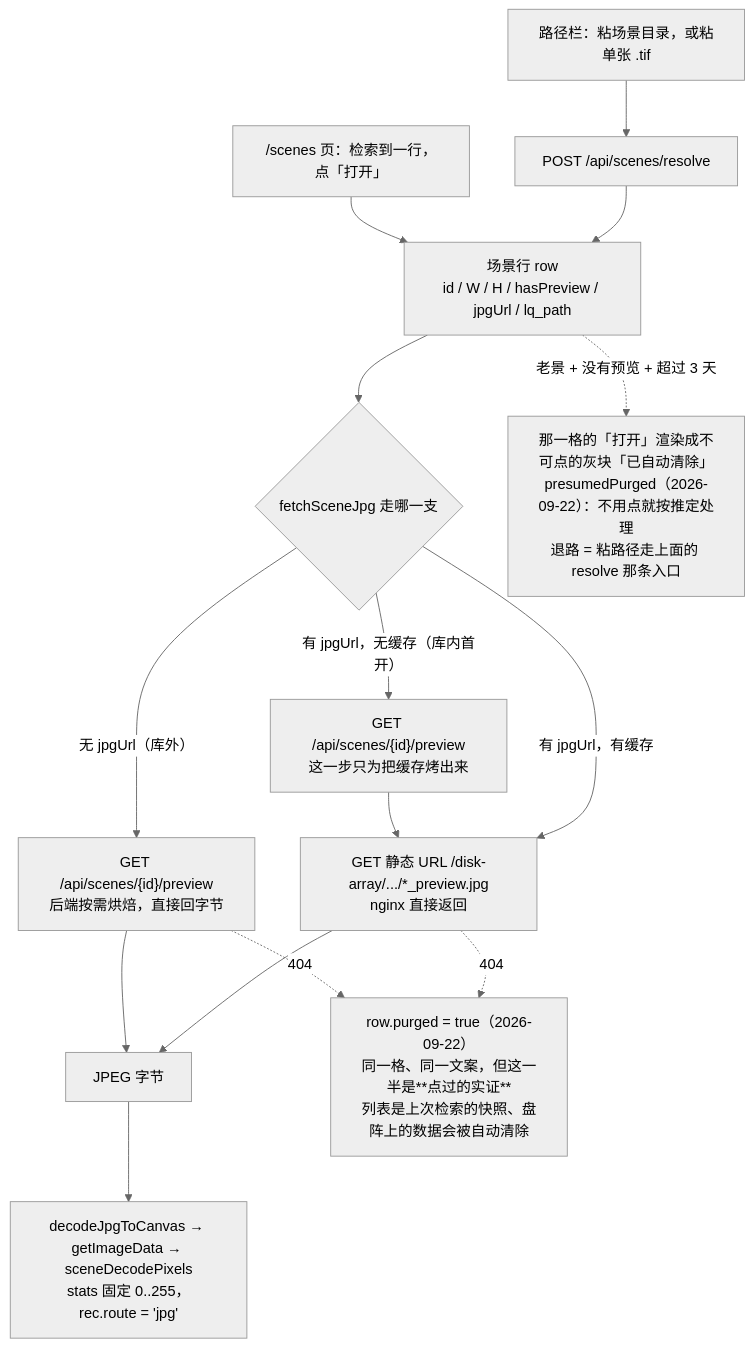
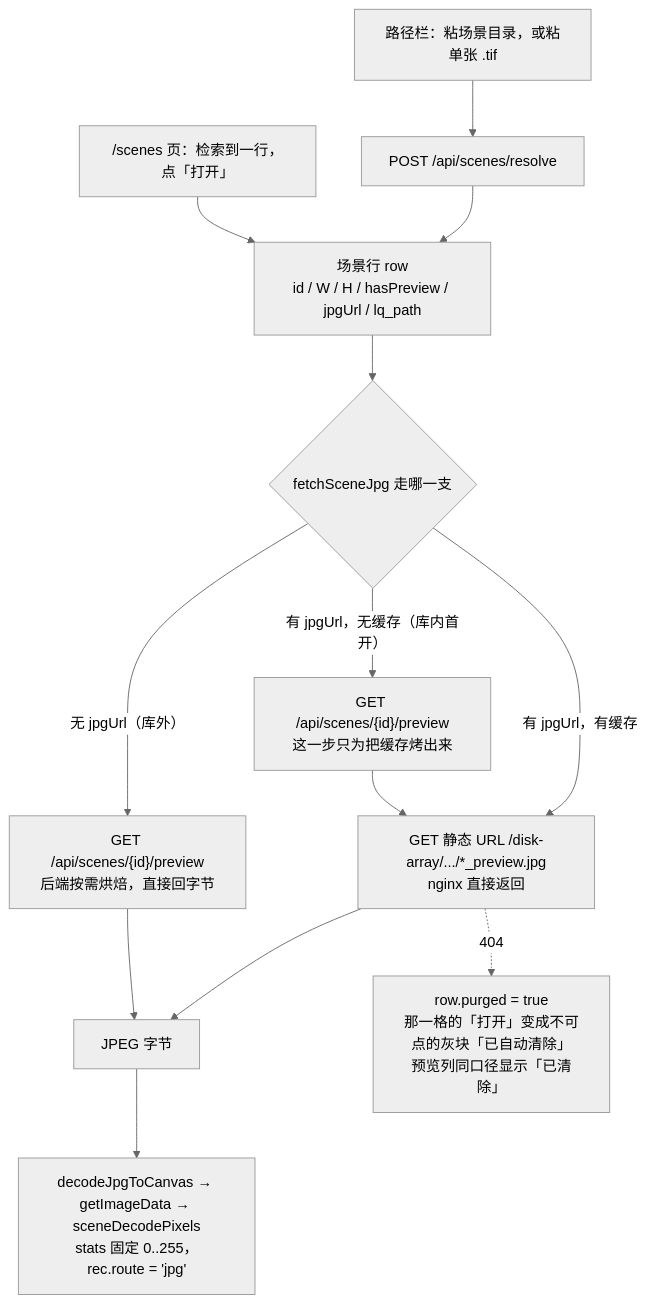
Before and after one commit to Jason001028/sr_agent_platform: the first of 3 diagrams in docs/knowledge/preview-bake-pipeline.md, drawn with Mermaid (neutral theme). The commit also changed other lines of this file and 15 other files, not shown here.

````diff
--- a/docs/knowledge/preview-bake-pipeline.md
+++ b/docs/knowledge/preview-bake-pipeline.md
@@ -70,19 +70,17 @@
 ```mermaid
 flowchart TD
     IN1["/scenes 页：检索到一行，点「打开」"] --> ROW
     IN2["路径栏：粘场景目录，或粘单张 .tif"] --> RESOLVE["POST /api/scenes/resolve"]
     RESOLVE --> ROW["场景行 row<br/>id / W / H / hasPreview / jpgUrl / lq_path"]
 
     ROW --> FETCH{"fetchSceneJpg 走哪一支"}
 
     FETCH -->|"无 jpgUrl（库外）"| P1["GET /api/scenes/{id}/preview<br/>后端按需烘焙，直接回字节"]
     FETCH -->|"有 jpgUrl，无缓存（库内首开）"| P2["GET /api/scenes/{id}/preview<br/>这一步只为把缓存烤出来"] --> P3
     FETCH -->|"有 jpgUrl，有缓存"| P3["GET 静态 URL /disk-array/.../*_preview.jpg<br/>nginx 直接返回"]
 
     P1 --> BLOB["JPEG 字节"]
     P3 --> BLOB
-    ROW -.->|"老景 + 没有预览 + 超过 3 天"| GONE["那一格的「打开」渲染成不可点的灰块「已自动清除」<br/>presumedPurged（2026-09-22）：不用点就按推定处理<br/>退路 = 粘路径走上面的 resolve 那条入口"]
-    P1 -.->|"404"| GONE2["row.purged = true（2026-09-22）<br/>同一格、同一文案，但这一半是**点过的实证**<br/>列表是上次检索的快照、盘阵上的数据会被自动清除"]
-    P3 -.->|"404"| GONE2
+    P3 -.->|"404"| GONE2["row.purged = true<br/>那一格的「打开」变成不可点的灰块「已自动清除」<br/>预览列同口径显示「已清除」"]
     BLOB --> DISP["decodeJpgToCanvas → getImageData → sceneDecodePixels<br/>stats 固定 0..255，rec.route = 'jpg'"]
 ```
````
